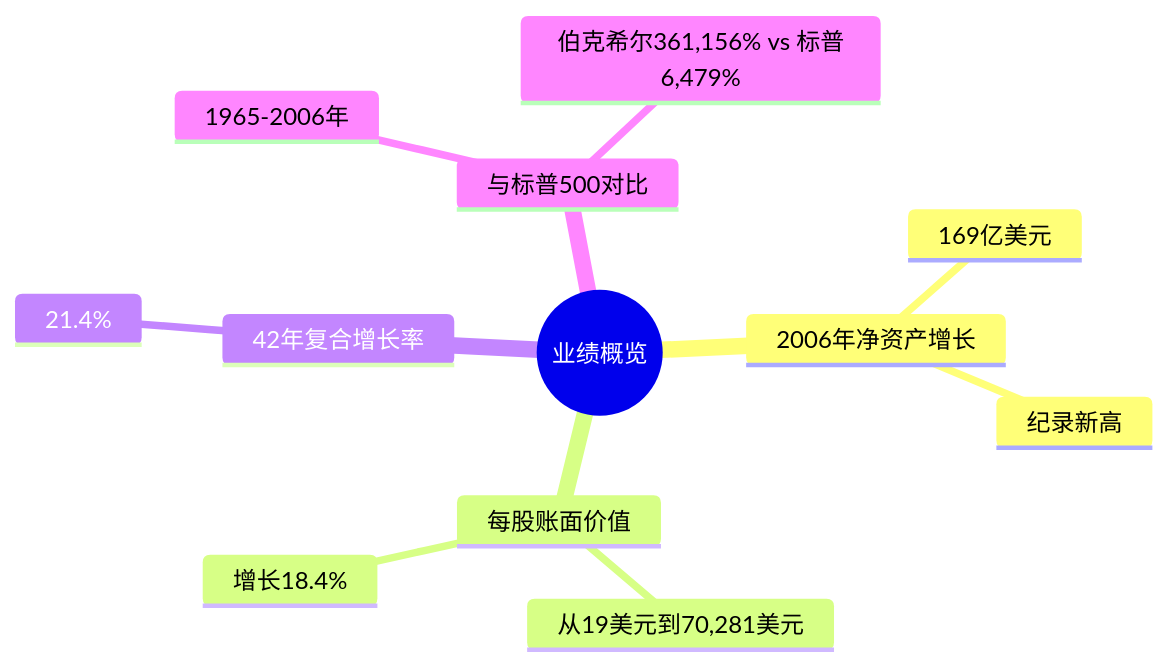
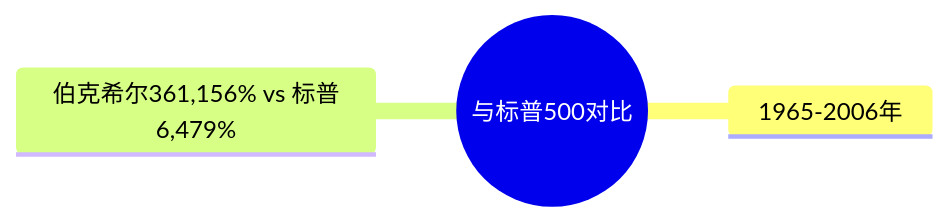
The fifth of 12 diagrams in docs/01_letters/2006年/思维导图.md (carllhm/buffett-knowledge-base), drawn with Mermaid before and after one commit. The commit also changed other lines of this file and 719 other files, not shown here.

Commit message:
思维导图重构：两级结构，总览+折叠子导图

````diff
--- a/docs/01_letters/2006年/思维导图.md
+++ b/docs/01_letters/2006年/思维导图.md
@@ -5,15 +98,6 @@
 ```mermaid
 mindmap
-  root((业绩概览))
-    2006年净资产增长
-      169亿美元
-      纪录新高
-    每股账面价值
-      增长18.4%
-      从19美元到70,281美元
-    42年复合增长率
-      21.4%
-    与标普500对比
-      1965-2006年
-      伯克希尔361,156% vs 标普6,479%
+  root((与标普500对比))
+    1965-2006年
+    伯克希尔361,156% vs 标普6,479%
 ```
````
